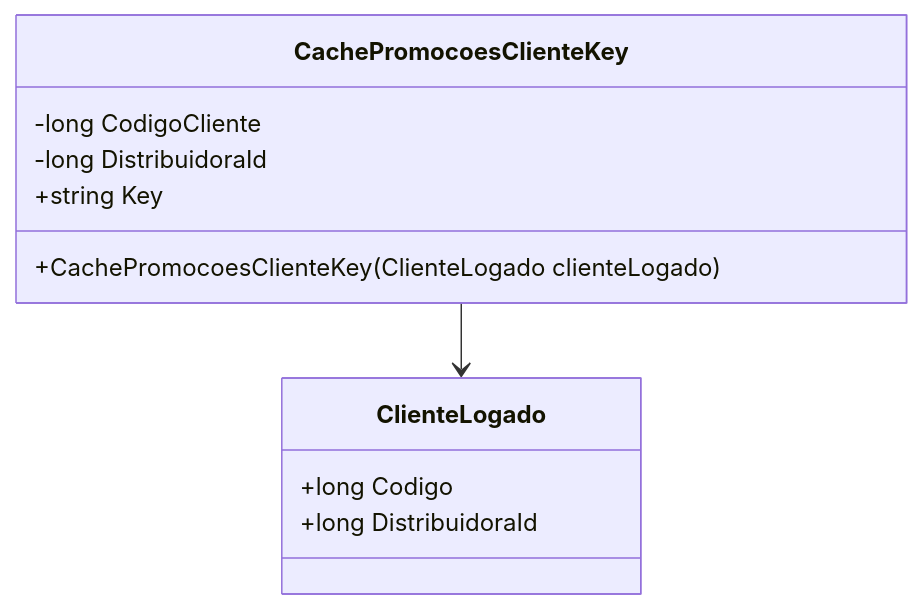
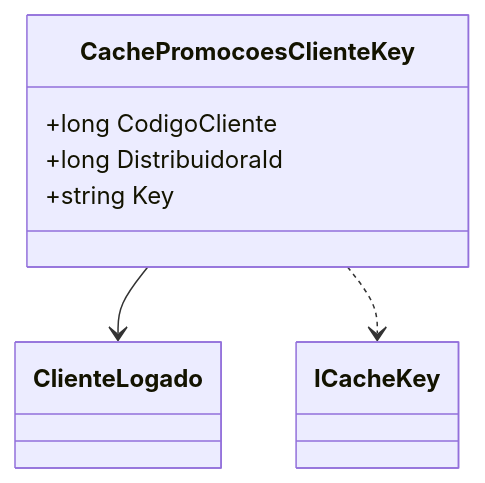
The diagram in docs/b2b-dominio/IsthmusWinthor.Nucleo/IsthmusWinthor.Dominio/CacheKeys/CachePromocoesClienteKey.md (IsthmusSistemas/documentacao-tecnica), drawn with Mermaid before and after one commit. The commit also changed other lines of this file and 882 other files, not shown here.

````diff
--- a/docs/b2b-dominio/IsthmusWinthor.Nucleo/IsthmusWinthor.Dominio/CacheKeys/CachePromocoesClienteKey.md
+++ b/docs/b2b-dominio/IsthmusWinthor.Nucleo/IsthmusWinthor.Dominio/CacheKeys/CachePromocoesClienteKey.md
@@ -49,14 +34,10 @@
 ```mermaid
 classDiagram
     class CachePromocoesClienteKey {
-        -long CodigoCliente
-        -long DistribuidoraId
-        +CachePromocoesClienteKey(ClienteLogado clienteLogado)
+        +long CodigoCliente
+        +long DistribuidoraId
         +string Key
     }
-    class ClienteLogado {
-        +long Codigo
-        +long DistribuidoraId
-    }
     CachePromocoesClienteKey --> ClienteLogado
+    CachePromocoesClienteKey ..> ICacheKey
 ```
````
